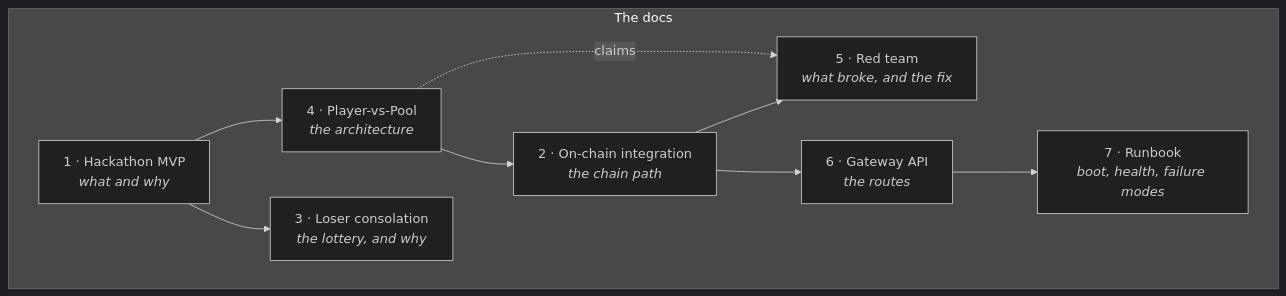
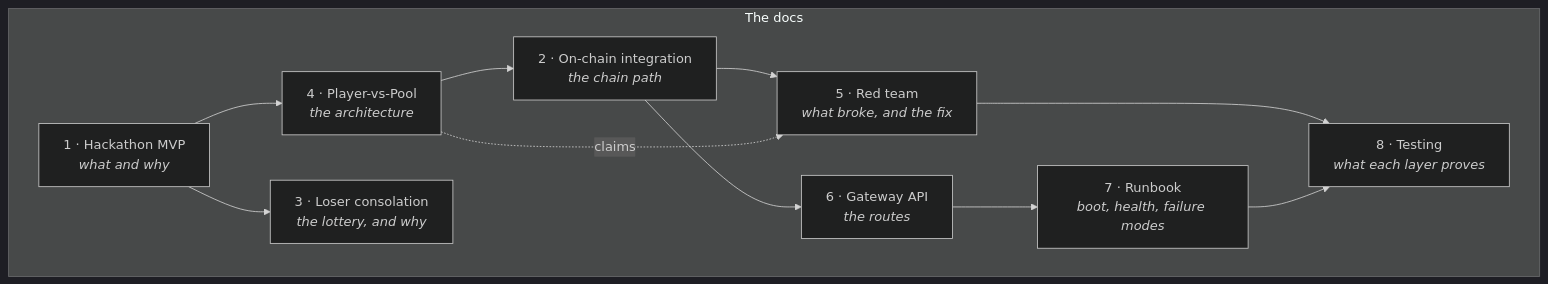
Before and after one commit to OptionalityHQ/optionality-adapter: the diagram in docs/README.md, drawn with Mermaid (dark theme). The commit also changed other lines of this file and 19 other files, not shown here.

````diff
--- a/docs/README.md
+++ b/docs/README.md
@@ -9,19 +9,22 @@
 ```mermaid
 flowchart TB
   subgraph docs["The docs"]
     D1["1 · Hackathon MVP<br/><i>what and why</i>"]
     D2["2 · On-chain integration<br/><i>the chain path</i>"]
     D3["3 · Loser consolation<br/><i>the lottery, and why</i>"]
     D4["4 · Player-vs-Pool<br/><i>the architecture</i>"]
     D5["5 · Red team<br/><i>what broke, and the fix</i>"]
     D6["6 · Gateway API<br/><i>the routes</i>"]
     D7["7 · Runbook<br/><i>boot, health, failure modes</i>"]
+    D8["8 · Testing<br/><i>what each layer proves</i>"]
   end
   D1 --> D4
   D1 --> D3
   D4 --> D2
   D2 --> D5
   D2 --> D6
   D6 --> D7
   D4 -.->|"claims"| D5
+  D5 --> D8
+  D7 --> D8
 ```
````
